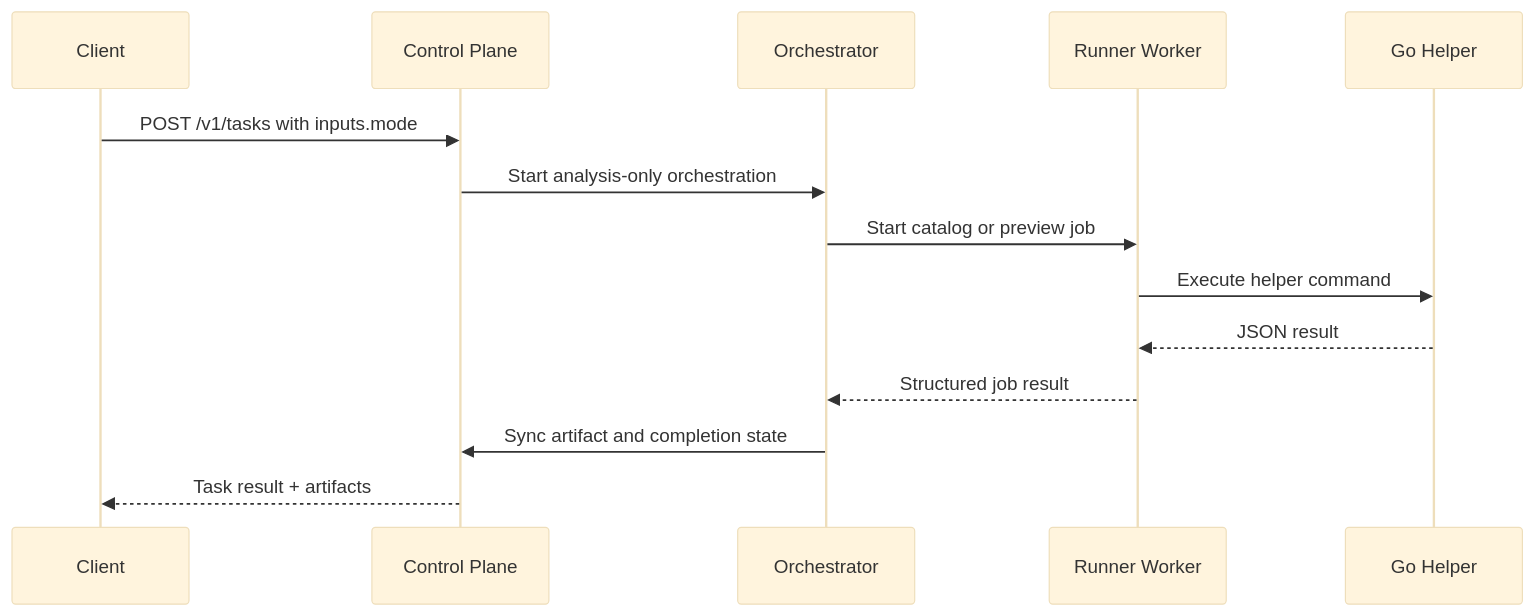
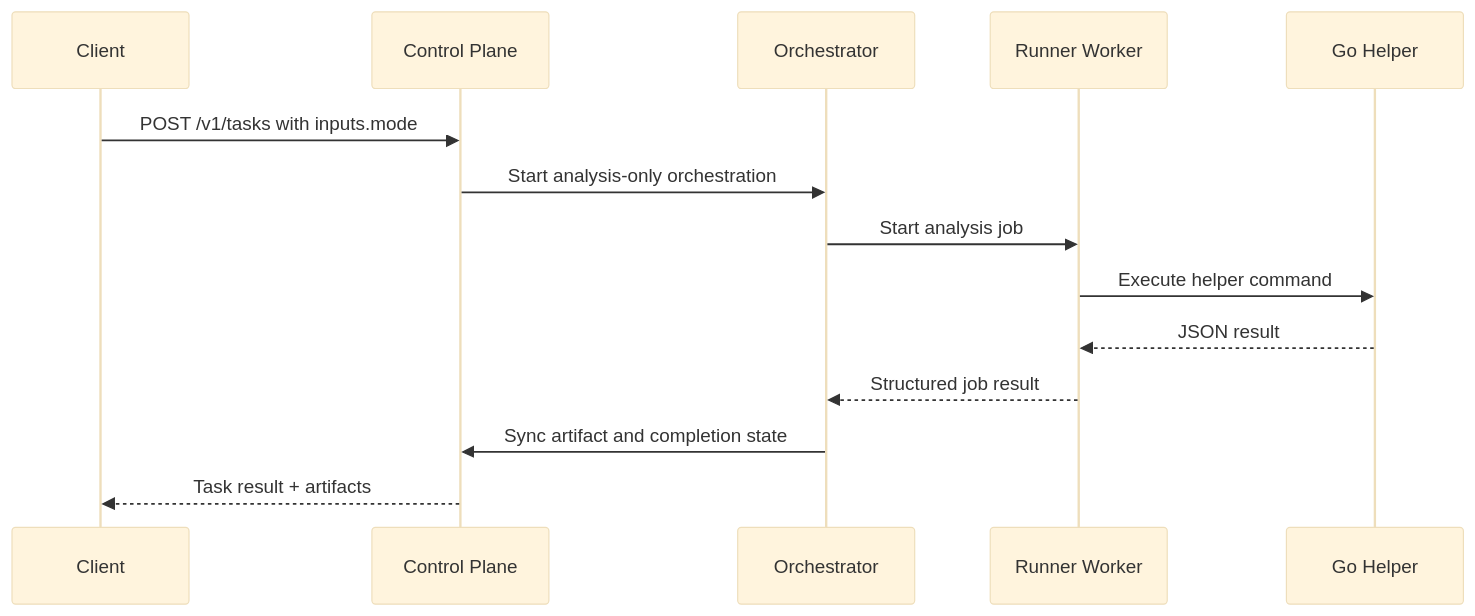
The fourth of 4 diagrams in docs/architecture.md (aldoapicella/flogo-agent-platform), drawn with Mermaid (base theme) before and after one commit. The commit also changed other lines of this file and 24 other files, not shown here.

````diff
--- a/docs/architecture.md
+++ b/docs/architecture.md
@@ -288,17 +298,17 @@
 ```mermaid
 sequenceDiagram
   participant Client
   participant CP as Control Plane
   participant O as Orchestrator
   participant RW as Runner Worker
   participant H as Go Helper
 
   Client->>CP: POST /v1/tasks with inputs.mode
   CP->>O: Start analysis-only orchestration
-  O->>RW: Start catalog or preview job
+  O->>RW: Start analysis job
   RW->>H: Execute helper command
   H-->>RW: JSON result
   RW-->>O: Structured job result
   O->>CP: Sync artifact and completion state
   CP-->>Client: Task result + artifacts
 ```
````
